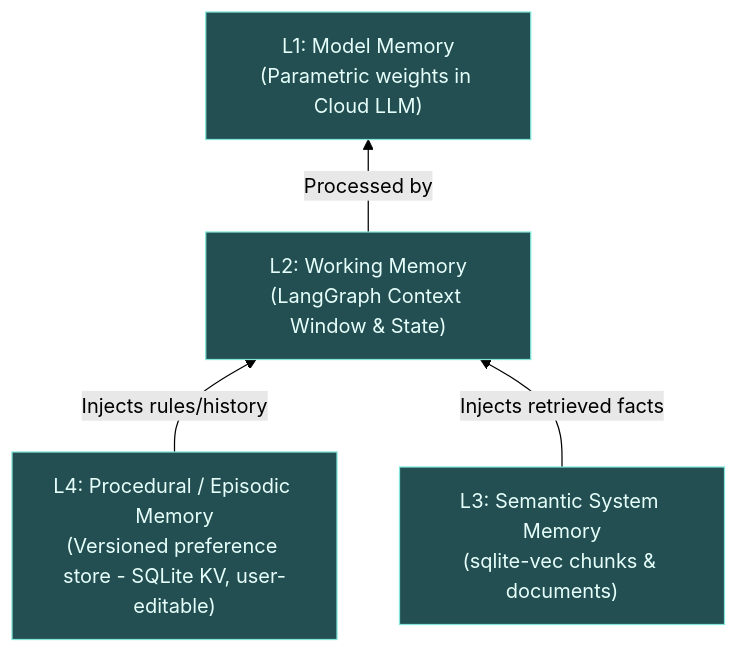
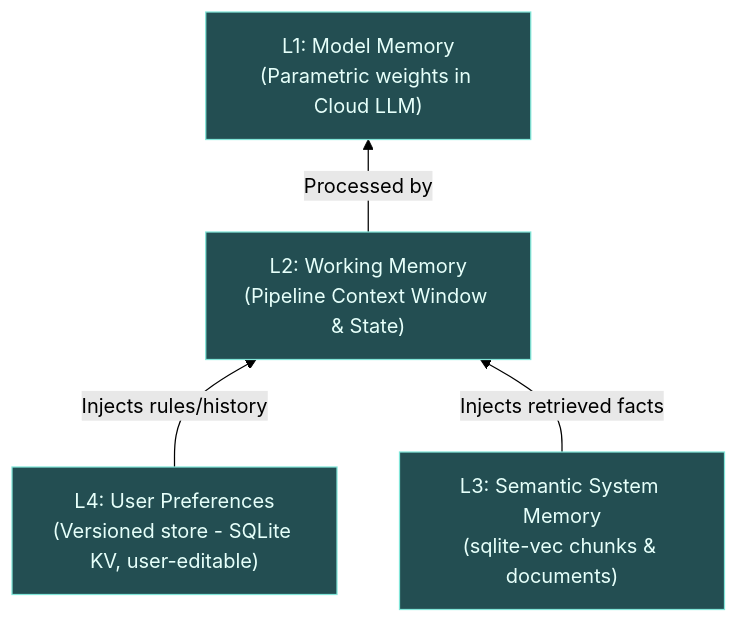
The third of 7 diagrams in rag_final_architecture_2026.md (dpsdagain/RAG), drawn with Mermaid (forest theme) before and after one commit. The commit also changed other lines of this file and 5 other files, not shown here.

Commit message:
docs: V2 Elite Architecture refactor (remove LangGraph, enforce Local bge-small, multiprocessing ingestion)

````diff
--- a/rag_final_architecture_2026.md
+++ b/rag_final_architecture_2026.md
@@ -97,14 +85,14 @@
 ```mermaid
 graph BT
     L1["L1: Model Memory<br>(Parametric weights in Cloud LLM)"] 
-    L2["L2: Working Memory<br>(LangGraph Context Window & State)"]
+    L2["L2: Working Memory<br>(Pipeline Context Window & State)"]
     L3["L3: Semantic System Memory<br>(sqlite-vec chunks & documents)"]
-    L4["L4: Procedural / Episodic Memory<br>(Versioned preference store - SQLite KV, user-editable)"]
+    L4["L4: User Preferences<br>(Versioned store - SQLite KV, user-editable)"]
 
     L4 -->|Injects rules/history| L2
     L3 -->|Injects retrieved facts| L2
     L2 -->|Processed by| L1
     
     classDef mem fill:#234e52,stroke:#81e6d9,color:#e6fffa
     class L1,L2,L3,L4 mem
 ```
````
